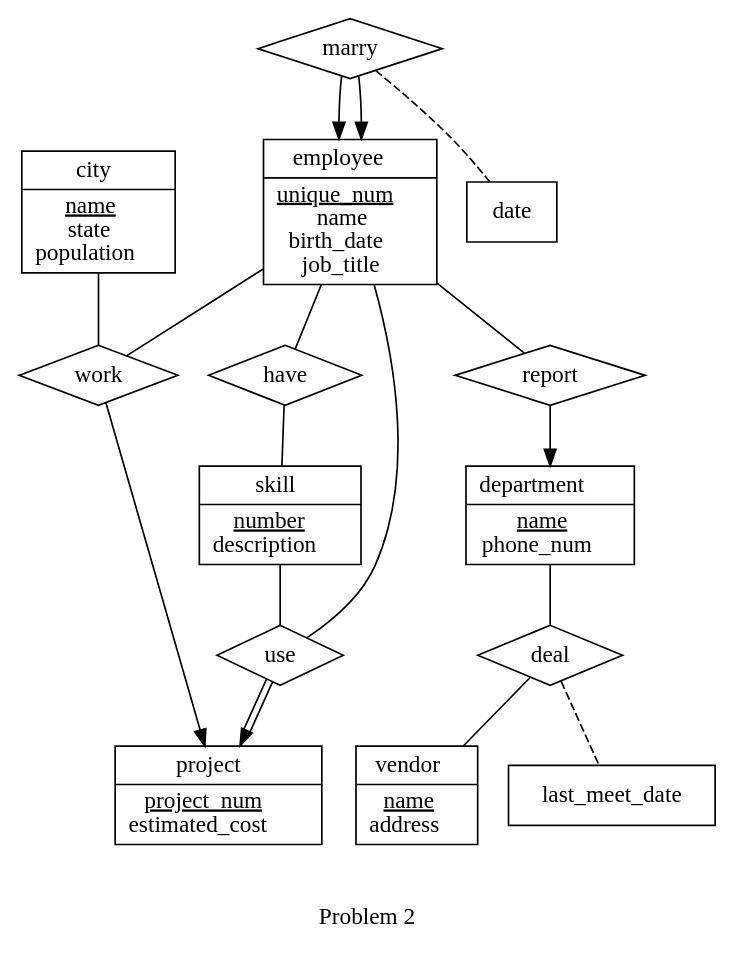
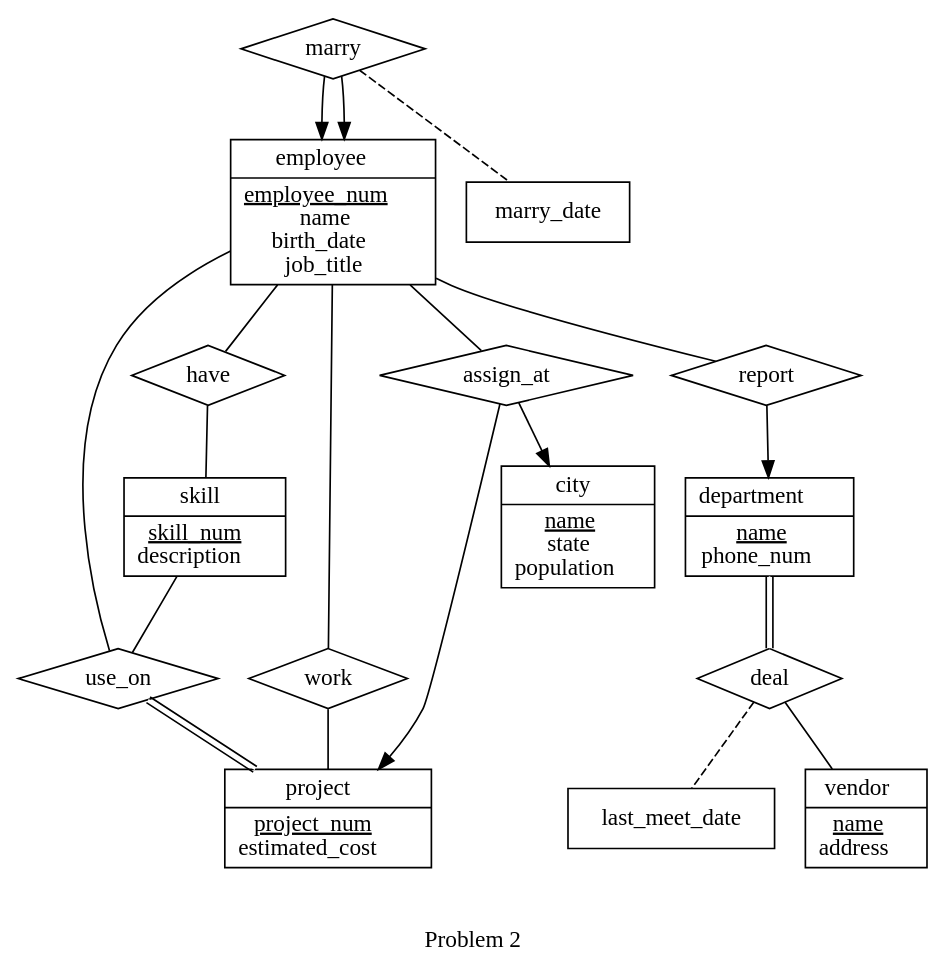
The diagram in hw2/2.dot (t-k-/CIS-637), drawn with Graphviz before and after one commit. The commit also changed 7 other files, not shown here.

```diff
--- a/hw2/2.dot
+++ b/hw2/2.dot
@@ -1,61 +1,64 @@
 graph {
     label="\n\n Problem 2"
  
 	{ node[shape="record"]
 	employee
-	[label=<{employee|<u>unique_num</u><br/>name<br/>birth_date<br/>job_title}>]
+	[label=<{employee|<u>employee_num</u><br/>name<br/>birth_date<br/>job_title}>]
 	department 
 	[label=<{department|<u>name</u><br/>phone_num}>]
 	vendor 
 	[label=<{vendor|<u>name</u><br/>address<br/>}>]
 	project 
 	[label=<{project|<u>project_num</u><br/>estimated_cost}>]
 	city 
 	[label=<{city|<u>name</u><br/>state<br/>population<br/>}>]
 	skill 
-	[label=<{skill|<u>number</u><br/>description<br/>}>]
+	[label=<{skill|<u>skill_num</u><br/>description<br/>}>]
 	}
     { node[shape="diamond"]
 	marry
 	work
 	have
-	use
+	use_on
 	report
 	deal
+	assign_at
 	}
     { node[shape="box"]
 	last_meet_date	
-	date
+	marry_date
 	}
  
 	{ edge[dir=none]
+	employee -- assign_at
 	employee -- work
-	city -- work
-	employee -- use 
-	skill -- use 
+	work -- project
+	employee -- use_on
 	employee -- have
 	have -- skill
+	skill -- use_on
 	employee -- report
-	department -- deal 
 	deal -- vendor
 	}
 	{ edge[dir=forward]
+	assign_at -- city
+	assign_at -- project 
 	marry -- employee
 	marry -- employee
-	work -- project
 	report -- department
 	}
 	{ edge[dir=forward, color="black:white:black"]
-	use -- project
 	}
 	{ edge[color="black:white:black"]
+	use_on -- project
+	department -- deal 
 	}
 	{ edge[style="dashed"]
-	marry -- date
-	deal -- last_meet_date 
+	marry -- marry_date
+	deal -- last_meet_date
 	}
 	{ edge[]
 	}
 	{ edge[style=invis]
 	}
 }
```
